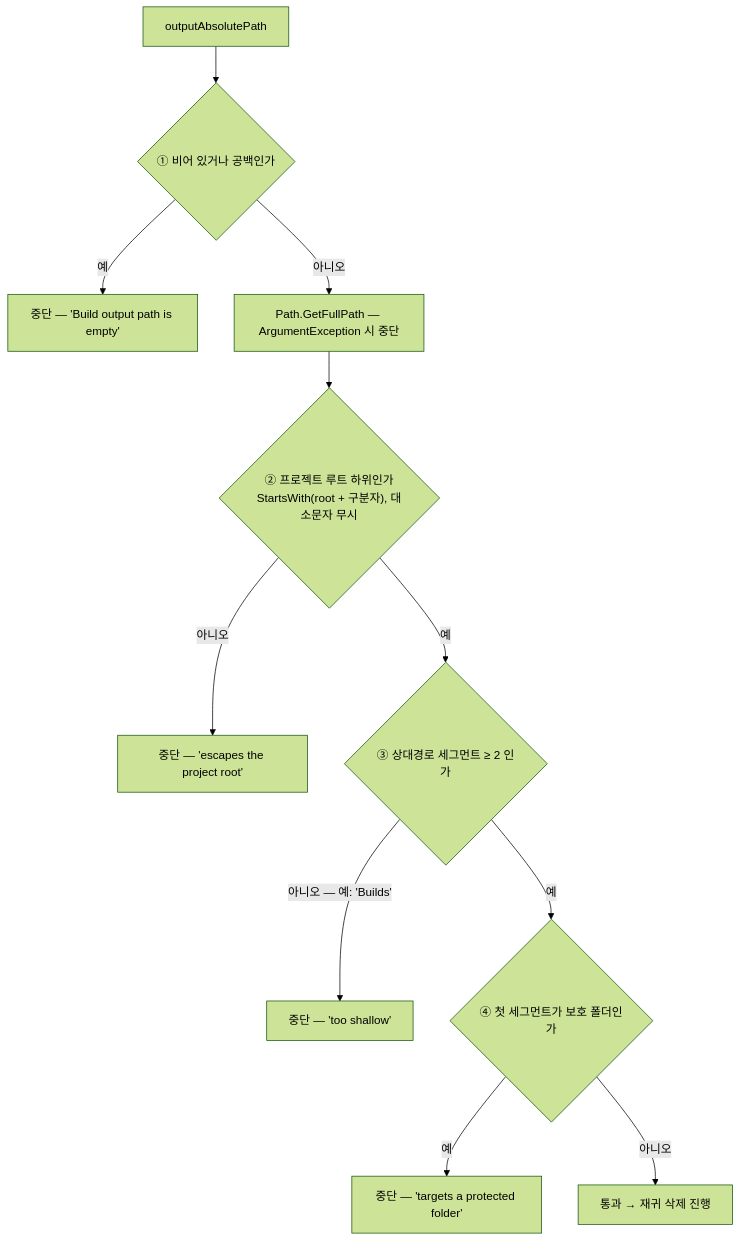
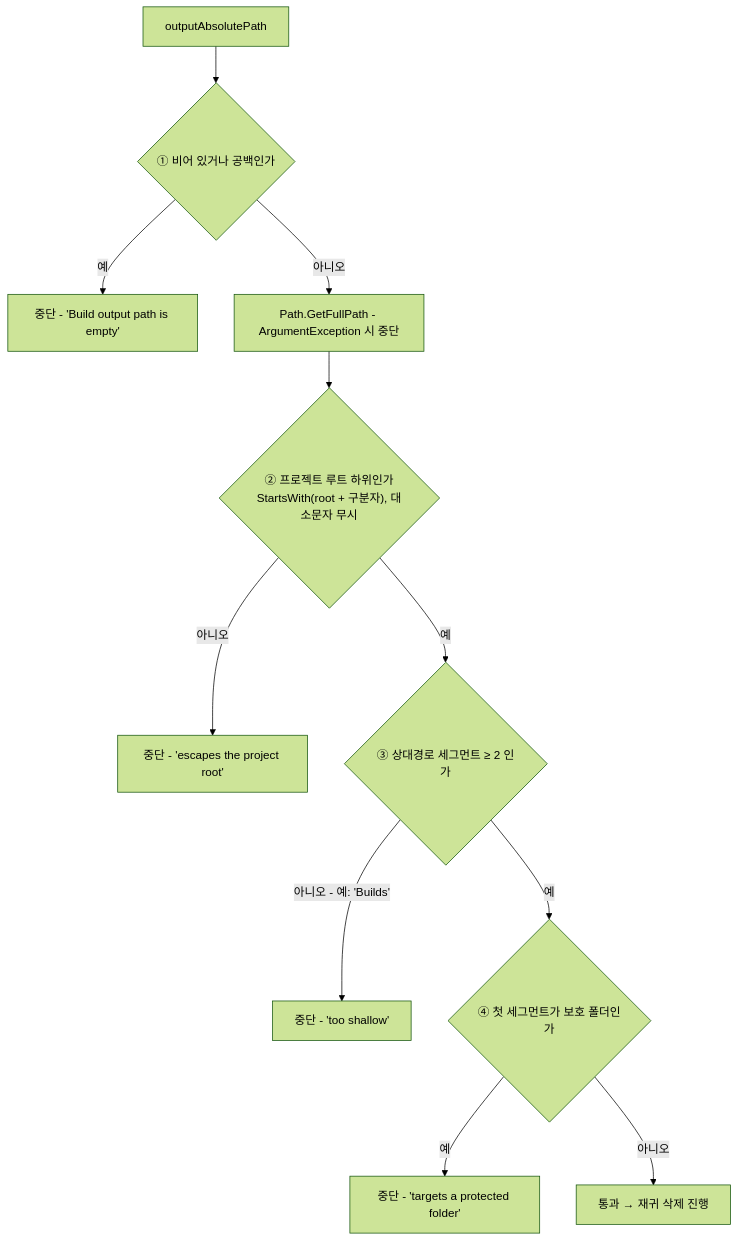
One commit to HoHong123/HCUP-Unity changed the fourth of 4 diagrams in HDeploy/Editor/README.md. Above: the diagram before and after it, drawn with Mermaid (forest theme). The commit also changed other lines of this file, not shown here.

````diff
--- a/HDeploy/Editor/README.md
+++ b/HDeploy/Editor/README.md
@@ -285,13 +284,13 @@
 ```mermaid
 flowchart TD
     A["outputAbsolutePath"] --> B{"① 비어 있거나 공백인가"}
-    B -->|예| X1["중단 — 'Build output path is empty'"]
-    B -->|아니오| C["Path.GetFullPath — ArgumentException 시 중단"]
+    B -->|예| X1["중단 - 'Build output path is empty'"]
+    B -->|아니오| C["Path.GetFullPath - ArgumentException 시 중단"]
     C --> D{"② 프로젝트 루트 하위인가<br/>StartsWith(root + 구분자), 대소문자 무시"}
-    D -->|아니오| X2["중단 — 'escapes the project root'"]
+    D -->|아니오| X2["중단 - 'escapes the project root'"]
     D -->|예| E{"③ 상대경로 세그먼트 ≥ 2 인가"}
-    E -->|"아니오 — 예: 'Builds'"| X3["중단 — 'too shallow'"]
+    E -->|"아니오 - 예: 'Builds'"| X3["중단 - 'too shallow'"]
     E -->|예| F{"④ 첫 세그먼트가 보호 폴더인가"}
-    F -->|예| X4["중단 — 'targets a protected folder'"]
+    F -->|예| X4["중단 - 'targets a protected folder'"]
     F -->|아니오| G["통과 → 재귀 삭제 진행"]
 ```
````
